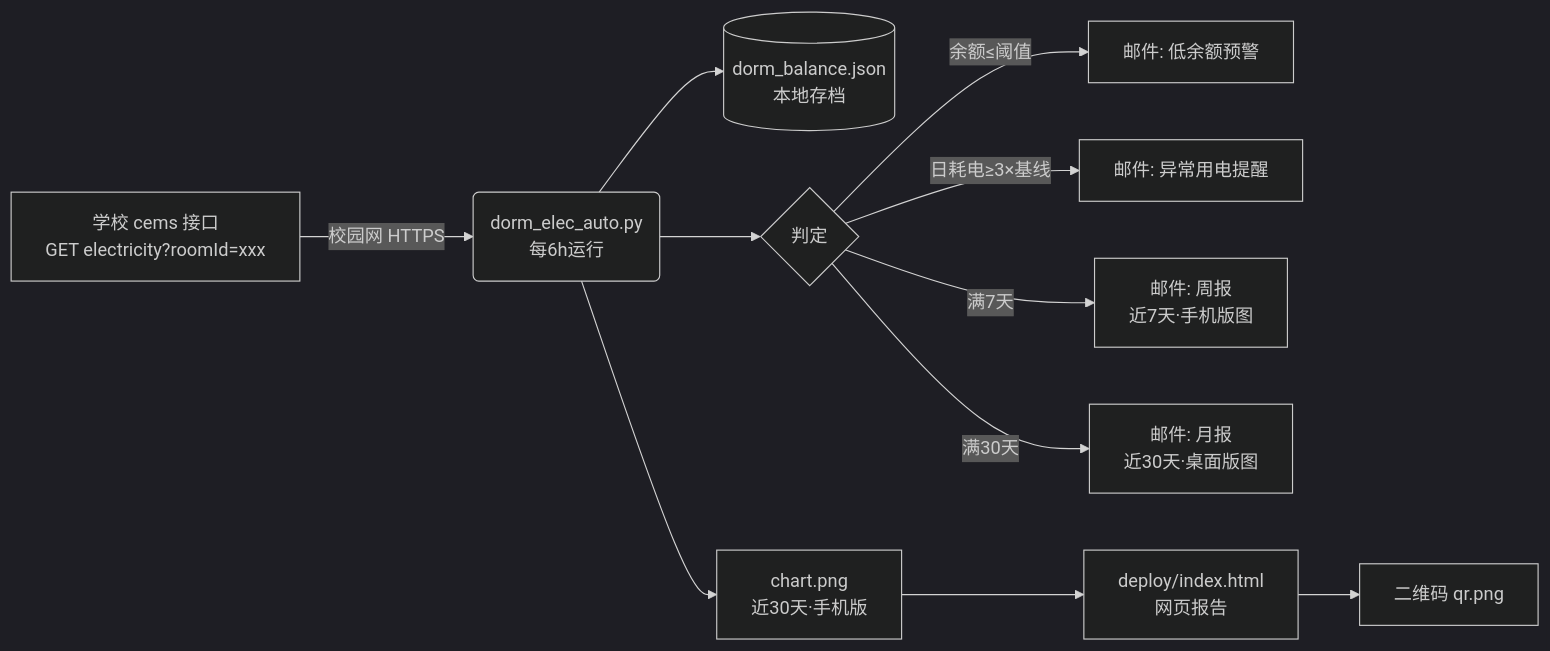
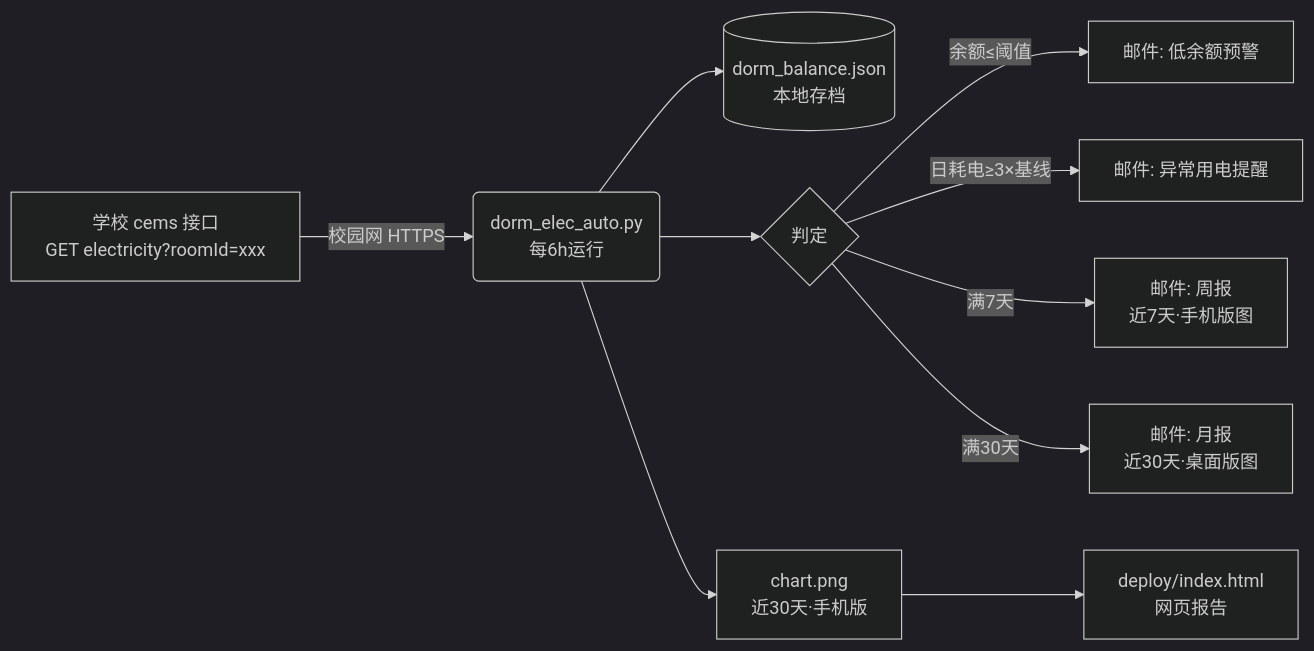
Before and after one commit to smart-wcm/dorm-electricity-monitor: the diagram in README.md, drawn with Mermaid (dark theme). The commit also changed other lines of this file and 12 other files, not shown here.

Commit message:
feat: v2.0.0 SMTP邮件通道+图形配置向导+exe打包发布，README合并安装/运行章节

````diff
--- a/README.md
+++ b/README.md
@@ -42,13 +42,12 @@
 ```mermaid
 flowchart LR
     A[学校 cems 接口\nGET electricity?roomId=xxx] -->|校园网 HTTPS| B(dorm_elec_auto.py\n每6h运行)
     B --> C[(dorm_balance.json\n本地存档)]
     B --> D{判定}
     D -->|余额≤阈值| E[邮件: 低余额预警]
     D -->|日耗电≥3×基线| F[邮件: 异常用电提醒]
     D -->|满7天| G[邮件: 周报\n近7天·手机版图]
     D -->|满30天| H[邮件: 月报\n近30天·桌面版图]
     B --> I[chart.png\n近30天·手机版]
     I --> J[deploy/index.html\n网页报告]
-    J --> K[二维码 qr.png]
 ```
````
